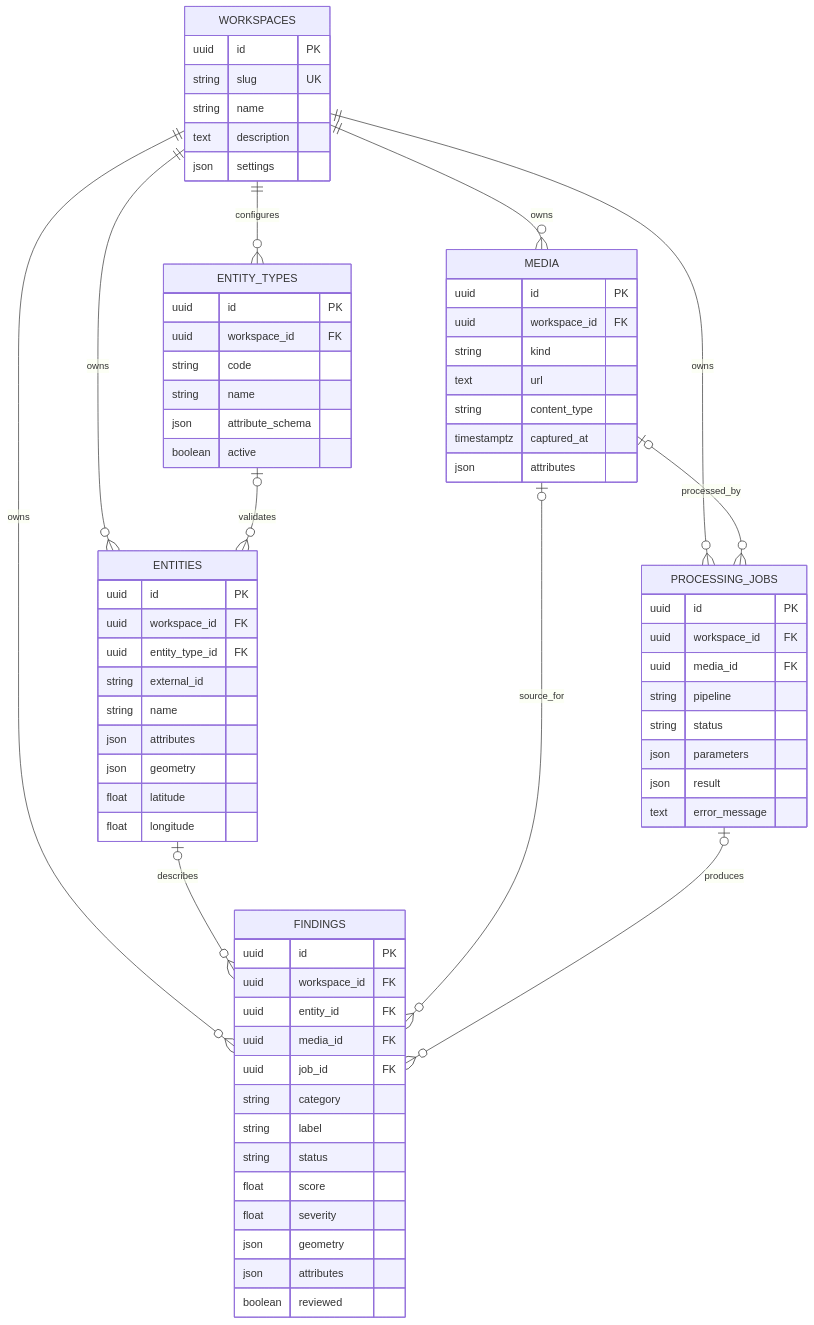
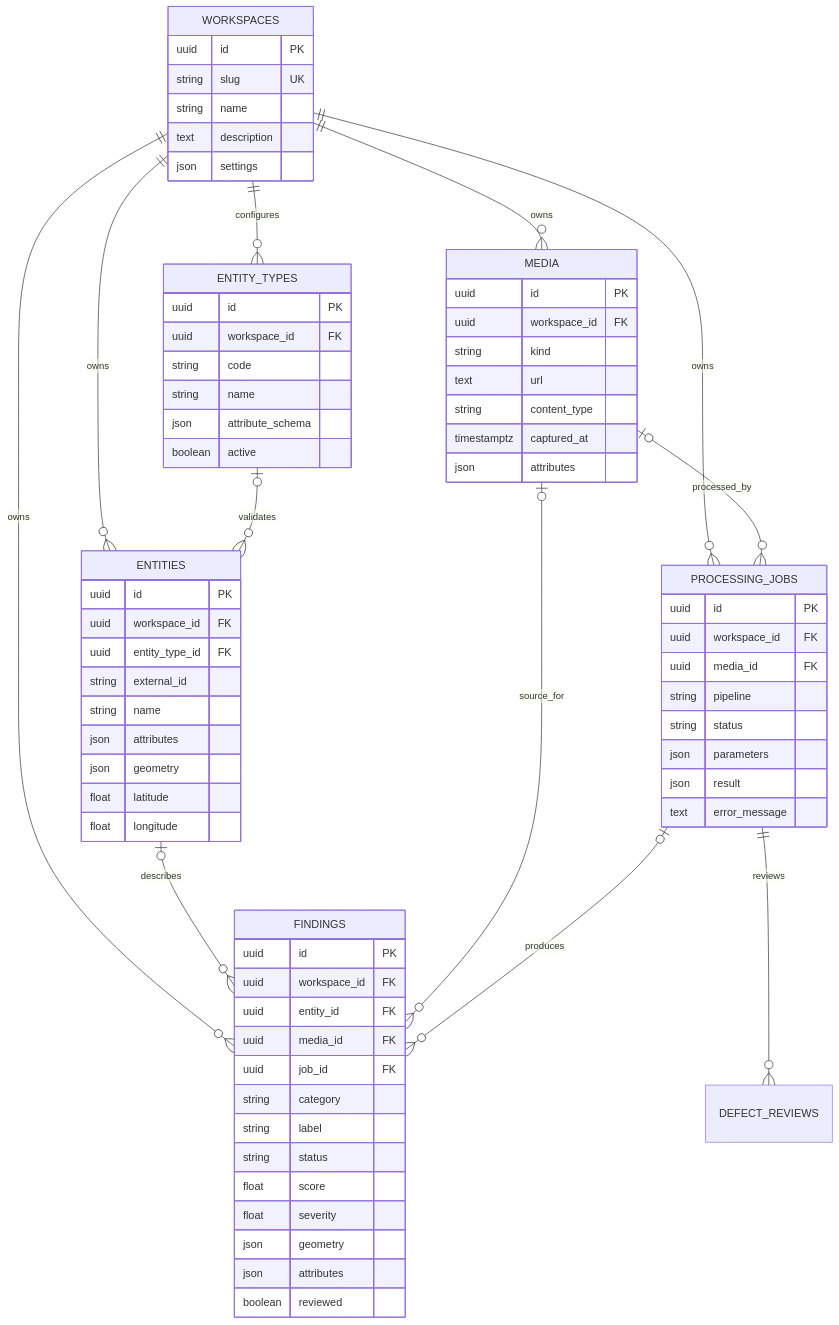
Before and after one commit to lastlofty/hackathon-kod-goroda: the diagram in docs/database.md, drawn with Mermaid. The commit also changed other lines of this file and 28 other files, not shown here.

````diff
--- a/docs/database.md
+++ b/docs/database.md
@@ -5,79 +7,80 @@
 ```mermaid
 erDiagram
     WORKSPACES ||--o{ ENTITY_TYPES : configures
     WORKSPACES ||--o{ ENTITIES : owns
     WORKSPACES ||--o{ MEDIA : owns
     WORKSPACES ||--o{ PROCESSING_JOBS : owns
     WORKSPACES ||--o{ FINDINGS : owns
     ENTITY_TYPES o|--o{ ENTITIES : validates
     MEDIA o|--o{ PROCESSING_JOBS : processed_by
     ENTITIES o|--o{ FINDINGS : describes
     MEDIA o|--o{ FINDINGS : source_for
     PROCESSING_JOBS o|--o{ FINDINGS : produces
+    PROCESSING_JOBS ||--o{ DEFECT_REVIEWS : reviews
 
     WORKSPACES {
         uuid id PK
         string slug UK
         string name
         text description
         json settings
     }
 
     ENTITY_TYPES {
         uuid id PK
         uuid workspace_id FK
         string code
         string name
         json attribute_schema
         boolean active
     }
 
     ENTITIES {
         uuid id PK
         uuid workspace_id FK
         uuid entity_type_id FK
         string external_id
         string name
         json attributes
         json geometry
         float latitude
         float longitude
     }
 
     MEDIA {
         uuid id PK
         uuid workspace_id FK
         string kind
         text url
         string content_type
         timestamptz captured_at
         json attributes
     }
 
     PROCESSING_JOBS {
         uuid id PK
         uuid workspace_id FK
         uuid media_id FK
         string pipeline
         string status
         json parameters
         json result
         text error_message
     }
 
     FINDINGS {
         uuid id PK
         uuid workspace_id FK
         uuid entity_id FK
         uuid media_id FK
         uuid job_id FK
         string category
         string label
         string status
         float score
         float severity
         json geometry
         json attributes
         boolean reviewed
     }
 ```
````
